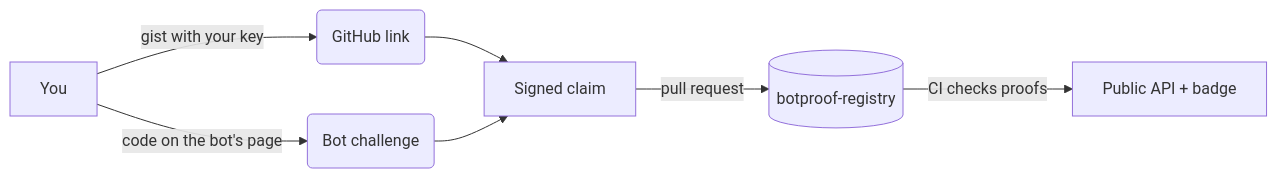
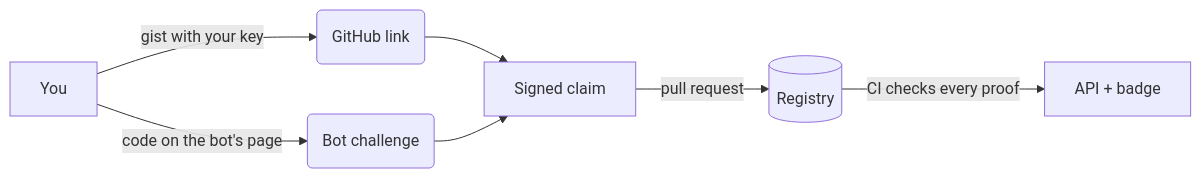
One commit to ao3575911/botproof changed the diagram in README.md. Above: the diagram before and after it, drawn with Mermaid. The commit also changed other lines of this file and 20 other files, not shown here.

````diff
--- a/README.md
+++ b/README.md
@@ -11,8 +9,8 @@
 ```mermaid
 flowchart LR
   A[You] -->|gist with your key| B(GitHub link)
   A -->|code on the bot's page| C(Bot challenge)
   B & C --> D[Signed claim]
-  D -->|pull request| E[(botproof-registry)]
-  E -->|CI checks proofs| F[Public API + badge]
+  D -->|pull request| E[(Registry)]
+  E -->|CI checks every proof| F[API + badge]
 ```
````
